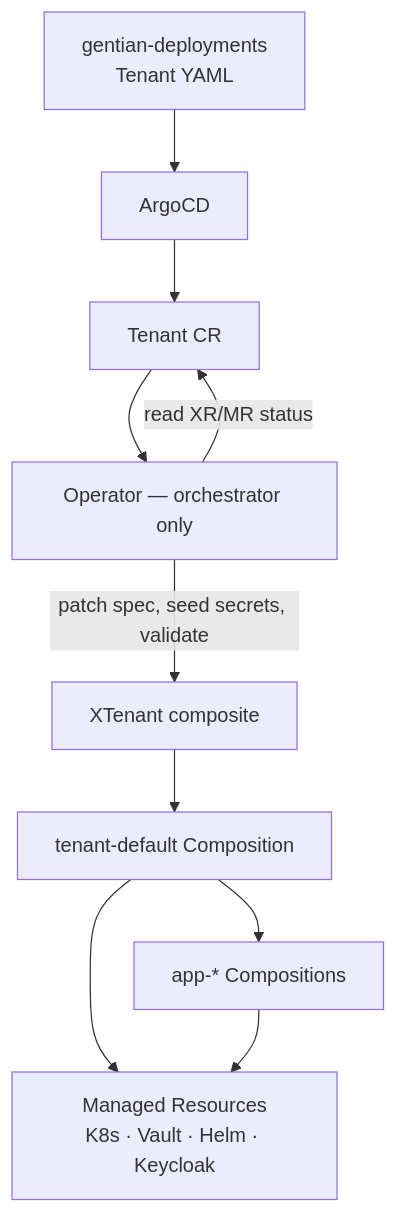
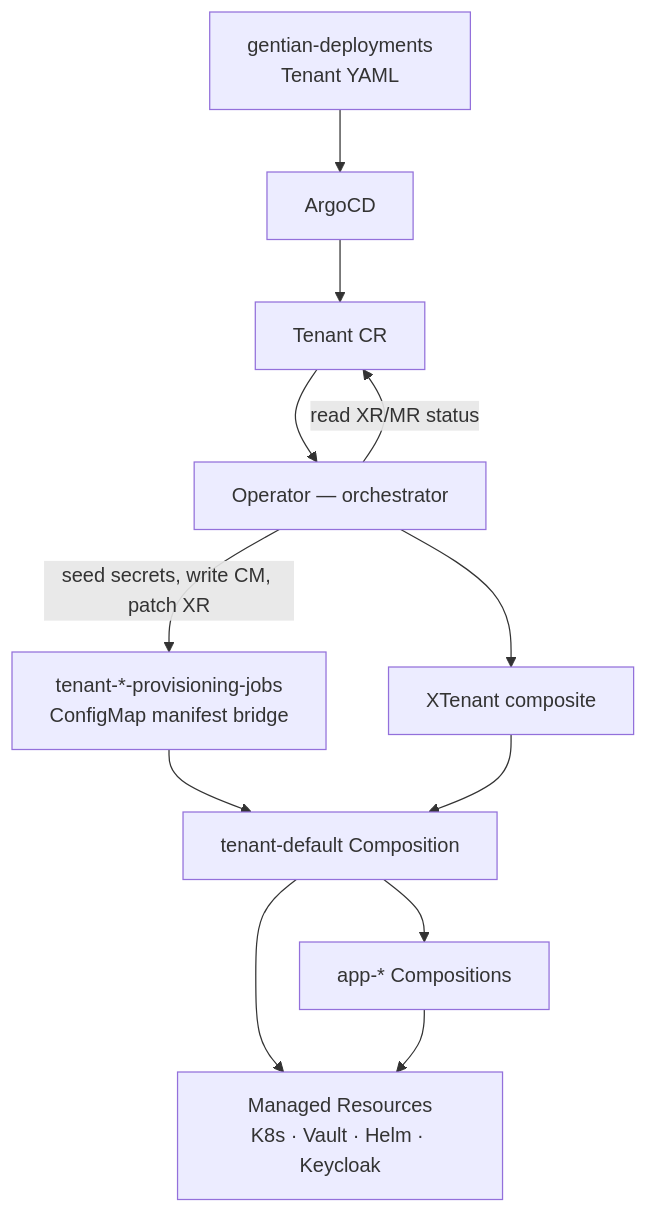
The diagram in docs/crossplane-convergence.md (gentian-org/gentian-os), drawn with Mermaid before and after one commit. The commit also changed other lines of this file and 21 other files, not shown here.

First line of the commit message:
Converge broker IdP into manifest bridge and refresh Crossplane docs.

````diff
--- a/docs/crossplane-convergence.md
+++ b/docs/crossplane-convergence.md
@@ -46,21 +17,24 @@
 ```mermaid
 flowchart TB
   Git[gentian-deployments<br/>Tenant YAML]
   AC[ArgoCD]
   Tenant[Tenant CR]
-  Op[Operator — orchestrator only]
+  Op[Operator — orchestrator]
+  CM[tenant-*-provisioning-jobs<br/>ConfigMap manifest bridge]
   XR[XTenant composite]
   TComp[tenant-default Composition]
   AComp[app-* Compositions]
   MRs[Managed Resources<br/>K8s · Vault · Helm · Keycloak]
 
   Git --> AC
   AC --> Tenant
   Tenant --> Op
-  Op -->|patch spec, seed secrets, validate| XR
+  Op -->|seed secrets, write CM, patch XR| CM
+  Op --> XR
+  CM --> TComp
   XR --> TComp
   TComp --> AComp
   TComp --> MRs
   AComp --> MRs
   Op -->|read XR/MR status| Tenant
 ```
````
